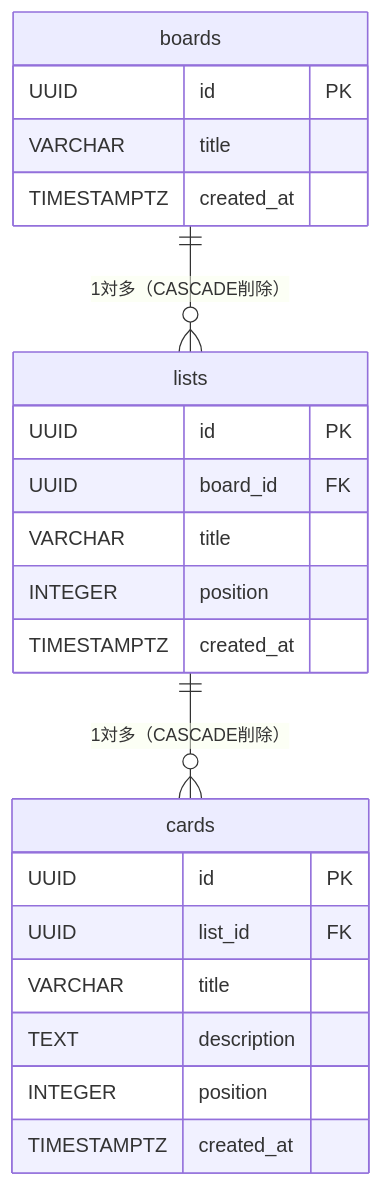
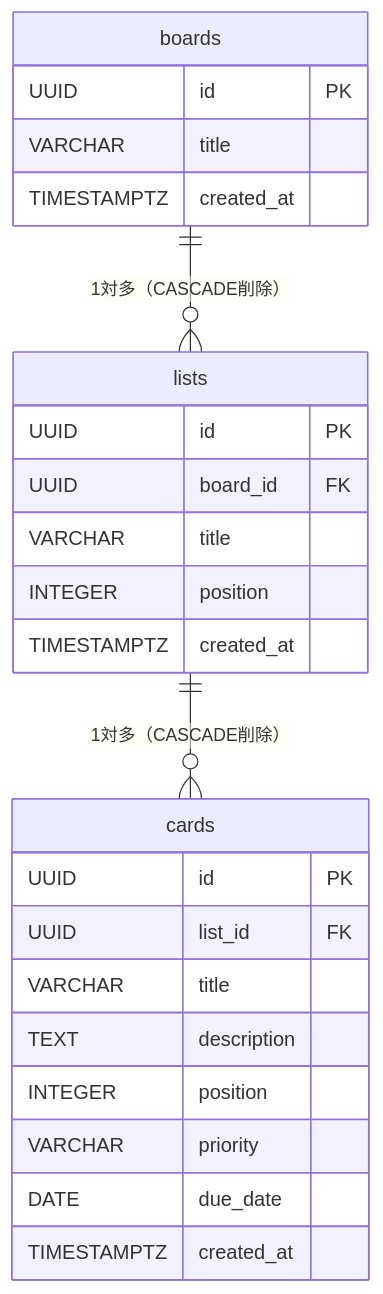
Before and after one commit to Tora368/torello-app: the diagram in trello-app/要件定義書.md, drawn with Mermaid. The commit also changed other lines of this file and 5 other files, not shown here.

First line of the commit message:
Add priority/due-date fields, list sort buttons, and update 要件定義書 (v2.1)

````diff
--- a/trello-app/要件定義書.md
+++ b/trello-app/要件定義書.md
@@ -385,26 +397,28 @@
 ```mermaid
 erDiagram
     boards {
         UUID id PK
         VARCHAR title
         TIMESTAMPTZ created_at
     }
     lists {
         UUID id PK
         UUID board_id FK
         VARCHAR title
         INTEGER position
         TIMESTAMPTZ created_at
     }
     cards {
         UUID id PK
         UUID list_id FK
         VARCHAR title
         TEXT description
         INTEGER position
+        VARCHAR priority
+        DATE due_date
         TIMESTAMPTZ created_at
     }
 
     boards ||--o{ lists : "1対多（CASCADE削除）"
     lists  ||--o{ cards : "1対多（CASCADE削除）"
 ```
````
